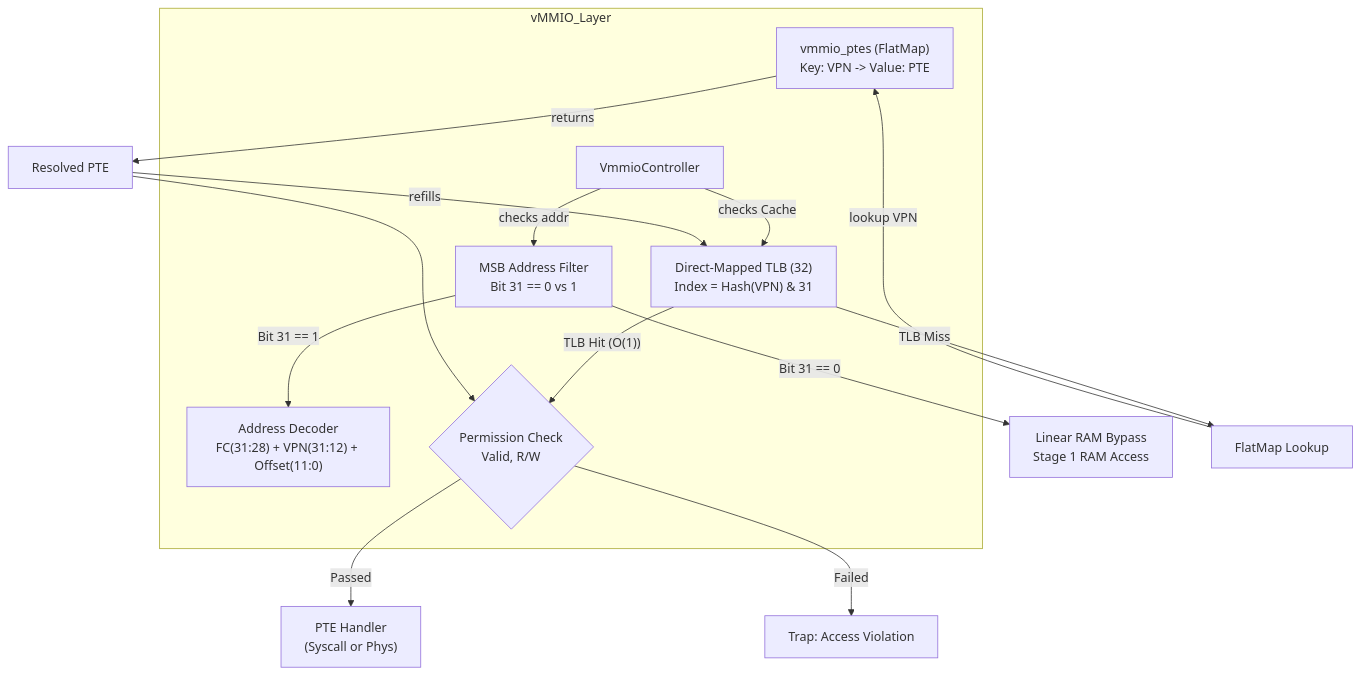
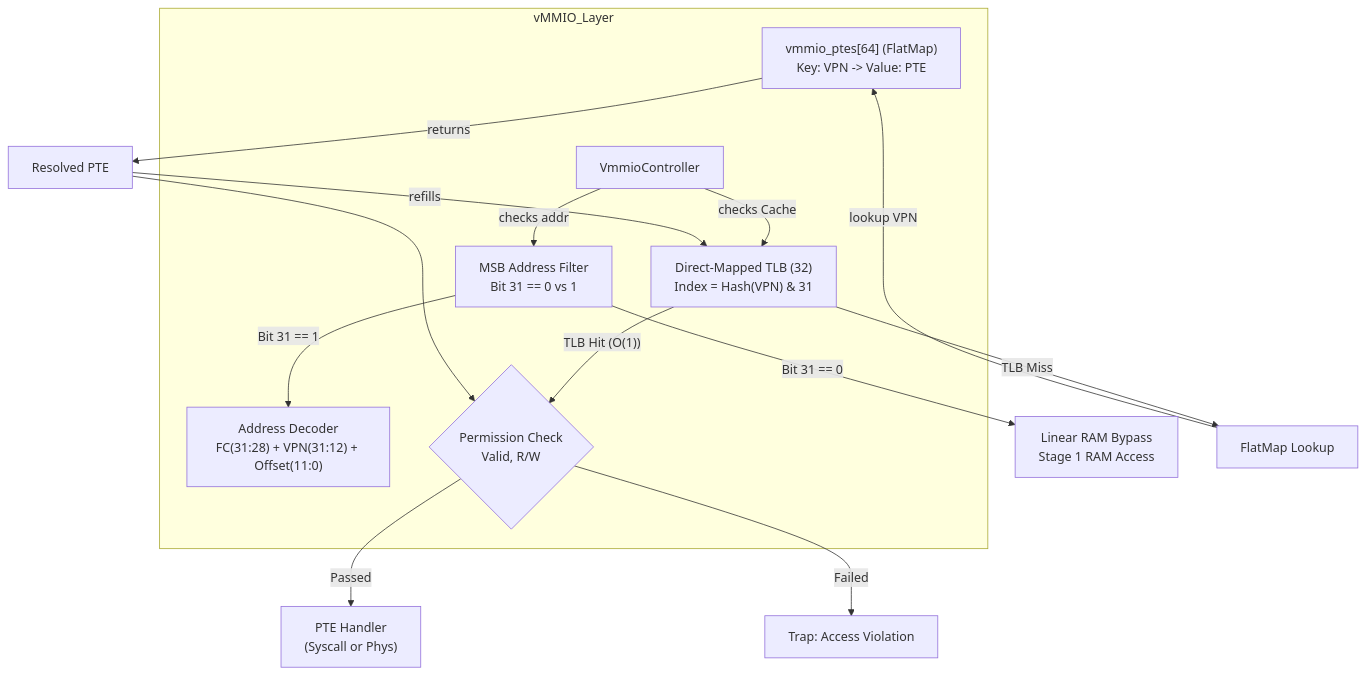
One commit to kmt-t/fireball changed the first of 6 diagrams in docs/components/tier2_runtime/runtime_vmmio.md. Above: the diagram before and after it, drawn with Mermaid. The commit also changed other lines of this file and 25 other files, not shown here.

````diff
--- a/docs/components/tier2_runtime/runtime_vmmio.md
+++ b/docs/components/tier2_runtime/runtime_vmmio.md
@@ -62,24 +62,24 @@
 ```mermaid
 graph TD
     subgraph vMMIO_Layer
         Filter["MSB Address Filter<br/>Bit 31 == 0 vs 1"]
         Decoder["Address Decoder<br/>FC(31:28) + VPN(31:12) + Offset(11:0)"]
-        FlatMap["vmmio_ptes (FlatMap)<br/>Key: VPN -> Value: PTE"]
+        FlatMap["vmmio_ptes[64] (FlatMap)<br/>Key: VPN -> Value: PTE"]
         TLB["Direct-Mapped TLB (32)<br/>Index = Hash(VPN) & 31"]
         Controller["VmmioController"]
         PermGate{"Permission Check<br/>Valid, R/W"}
     end
 
     Controller -- checks addr --> Filter
     Filter -- Bit 31 == 0 --> Bypass["Linear RAM Bypass<br/>Stage 1 RAM Access"]
     Filter -- Bit 31 == 1 --> Decoder
     Controller -- checks Cache --> TLB
     TLB -- TLB Hit (O(1)) --> PermGate
     TLB -- TLB Miss --> Walk[FlatMap Lookup]
     Walk -- lookup VPN --> FlatMap
     FlatMap -- returns --> WalkResult[Resolved PTE]
     WalkResult -- refills --> TLB
     WalkResult --> PermGate
     PermGate -- "Passed" --> Handler["PTE Handler<br/>(Syscall or Phys)"]
     PermGate -- "Failed" --> Trap["Trap: Access Violation"]
 ```
````
